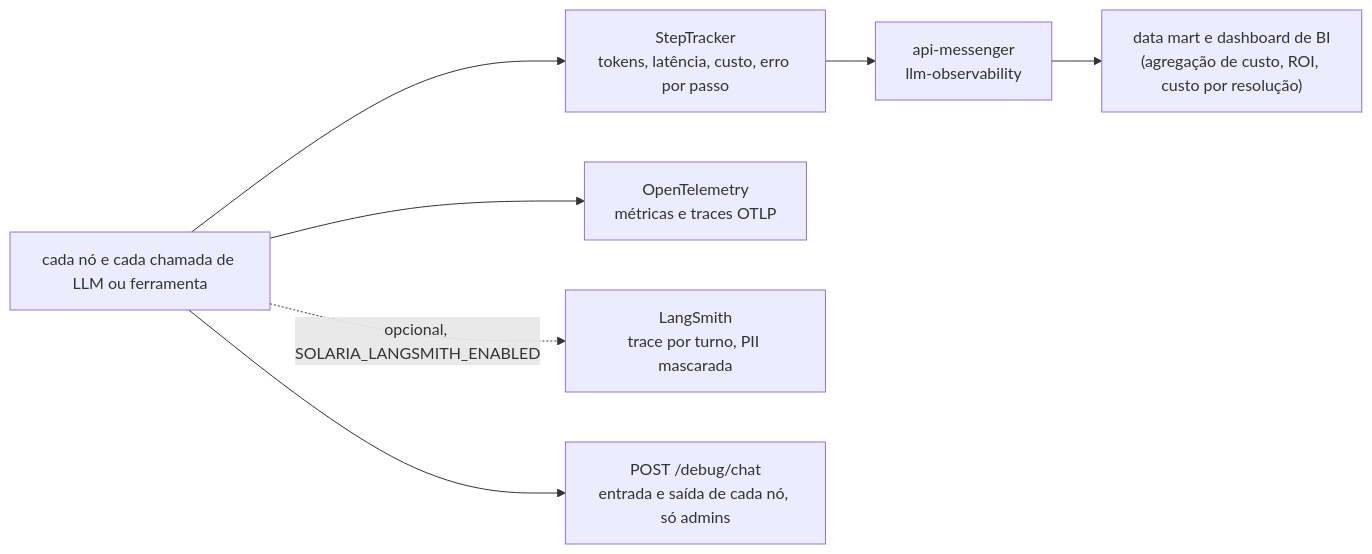
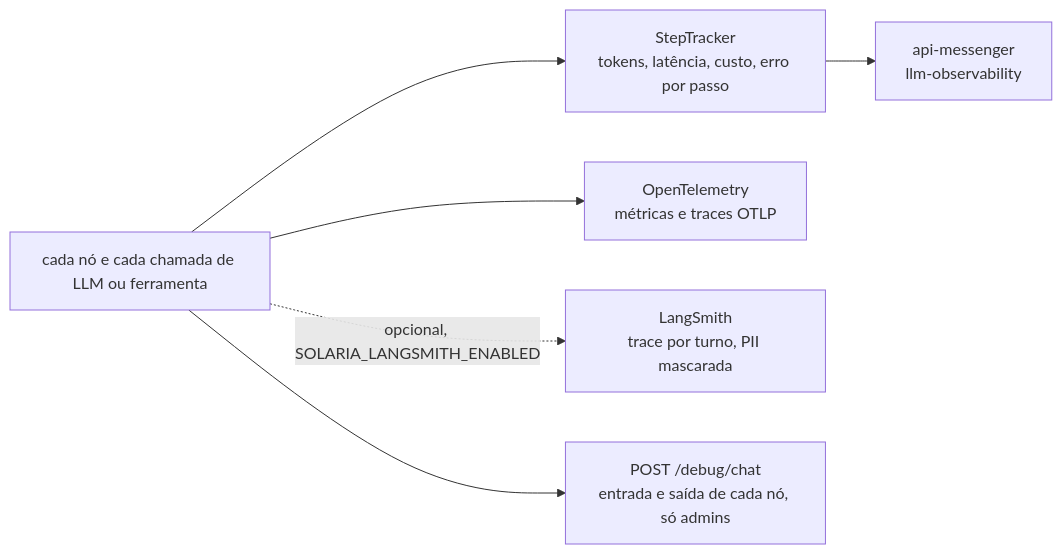
Before and after one commit to Solierrr/ai-assistant: diagram 13 of 13 in docs/ARCHITECTURE.md, drawn with Mermaid. The commit also changed other lines of this file, not shown here.

````diff
--- a/docs/ARCHITECTURE.md
+++ b/docs/ARCHITECTURE.md
@@ -406,9 +406,8 @@
 ```mermaid
 flowchart LR
     NOS["cada nó e cada chamada de LLM ou ferramenta"] --> ST["StepTracker<br/>tokens, latência, custo, erro por passo"]
     ST --> MSG["api-messenger<br/>llm-observability"]
-    MSG --> BI["data mart e dashboard de BI<br/>(agregação de custo, ROI, custo por resolução)"]
     NOS --> OT["OpenTelemetry<br/>métricas e traces OTLP"]
     NOS -.->|"opcional, SOLARIA_LANGSMITH_ENABLED"| LS["LangSmith<br/>trace por turno, PII mascarada"]
     NOS --> DBG["POST /debug/chat<br/>entrada e saída de cada nó, só admins"]
 ```
````
